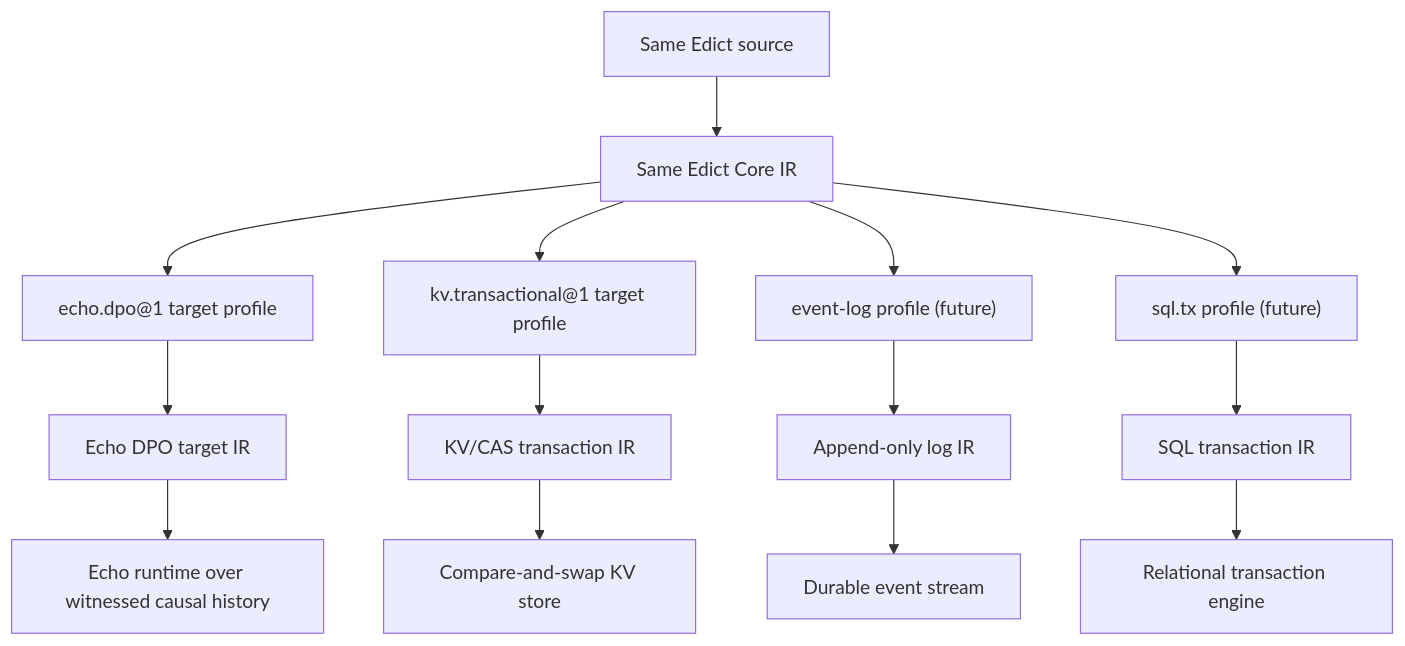
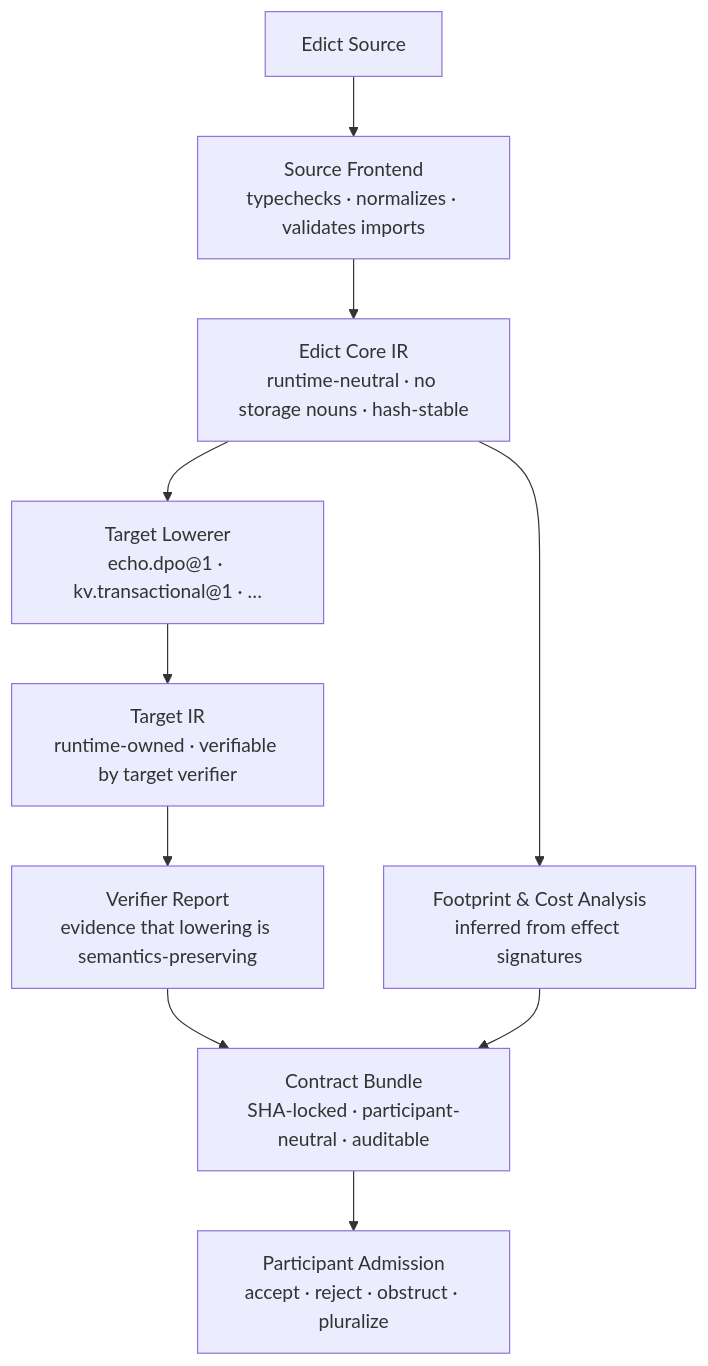
One commit to flyingrobots/edict changed the first of 3 diagrams in README.md. Above: the diagram before and after it, drawn with Mermaid. The commit also changed other lines of this file, not shown here.

````diff
--- a/README.md
+++ b/README.md
@@ -120,26 +232,19 @@
 ```mermaid
 flowchart TD
-    Source["Same Edict source"]
-    Core["Same Edict Core IR"]
+    SRC["Edict Source"]
+    FE["Source Frontend\ntypechecks · normalizes · validates imports"]
+    CORE["Edict Core IR\nruntime-neutral · no storage nouns · hash-stable"]
+    TL["Target Lowerer\necho.dpo@1 · kv.transactional@1 · …"]
+    FA["Footprint & Cost Analysis\ninferred from effect signatures"]
+    TIR["Target IR\nruntime-owned · verifiable by target verifier"]
+    VR["Verifier Report\nevidence that lowering is semantics-preserving"]
+    CB["Contract Bundle\nSHA-locked · participant-neutral · auditable"]
+    PA["Participant Admission\naccept · reject · obstruct · pluralize"]
 
-    EchoProfile["echo.dpo@1 target profile"]
-    KvProfile["kv.transactional@1 target profile"]
-    LogProfile["event-log profile (future)"]
-    SqlProfile["sql.tx profile (future)"]
-
-    EchoIR["Echo DPO target IR"]
-    KvIR["KV/CAS transaction IR"]
-    LogIR["Append-only log IR"]
-    SqlIR["SQL transaction IR"]
-
-    EchoRuntime["Echo runtime over witnessed causal history"]
-    KvRuntime["Compare-and-swap KV store"]
-    LogRuntime["Durable event stream"]
-    SqlRuntime["Relational transaction engine"]
-
-    Source --> Core
-    Core --> EchoProfile --> EchoIR --> EchoRuntime
-    Core --> KvProfile --> KvIR --> KvRuntime
-    Core --> LogProfile --> LogIR --> LogRuntime
-    Core --> SqlProfile --> SqlIR --> SqlRuntime
+    SRC --> FE --> CORE
+    CORE --> TL
+    CORE --> FA
+    TL --> TIR --> VR --> CB
+    FA --> CB
+    CB --> PA
 ```
````
